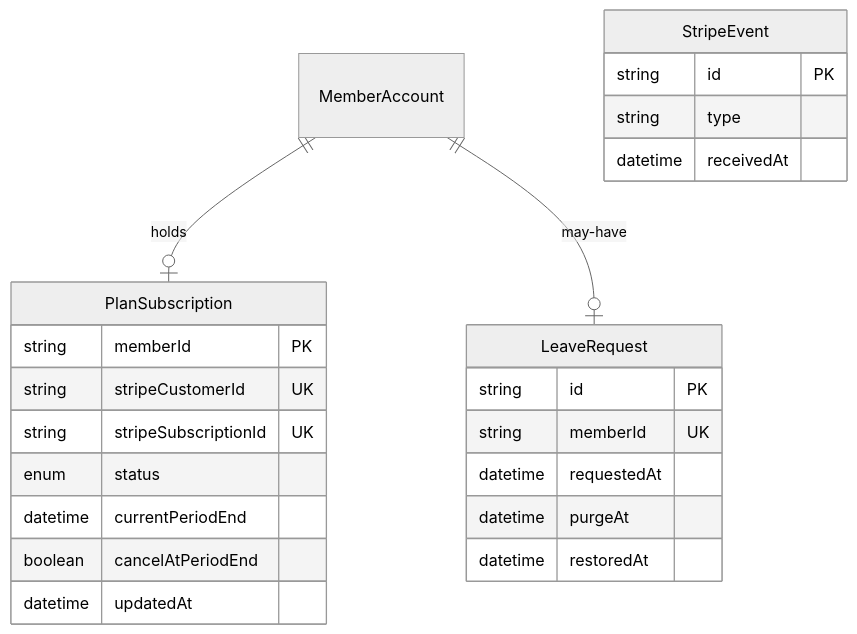
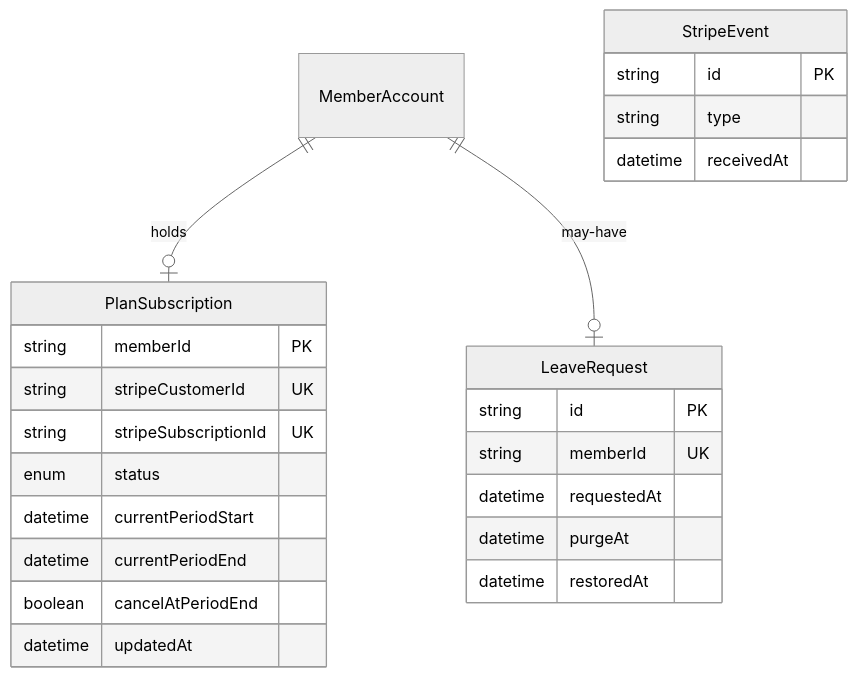
Before and after one commit to masseater/typescript-template: the diagram in apps/internal-dashboard/content/docs/data-model/billing.md, drawn with Mermaid (neutral theme). The commit also changed 11 other files, not shown here.

````diff
--- a/apps/internal-dashboard/content/docs/data-model/billing.md
+++ b/apps/internal-dashboard/content/docs/data-model/billing.md
@@ -14,26 +14,27 @@
 ```mermaid
 erDiagram
   MemberAccount ||--o| PlanSubscription : holds
   MemberAccount ||--o| LeaveRequest : may-have
   PlanSubscription {
     string memberId PK
     string stripeCustomerId UK
     string stripeSubscriptionId UK
     enum status
+    datetime currentPeriodStart
     datetime currentPeriodEnd
     boolean cancelAtPeriodEnd
     datetime updatedAt
   }
   StripeEvent {
     string id PK
     string type
     datetime receivedAt
   }
   LeaveRequest {
     string id PK
     string memberId UK
     datetime requestedAt
     datetime purgeAt
     datetime restoredAt
   }
 ```
````
